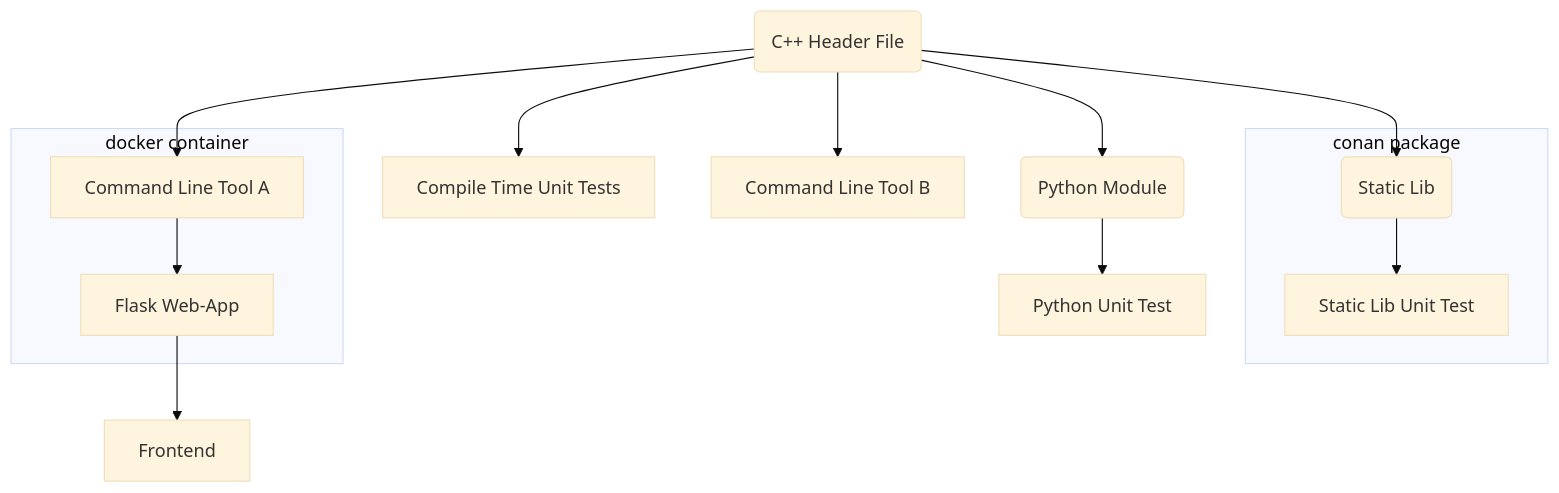
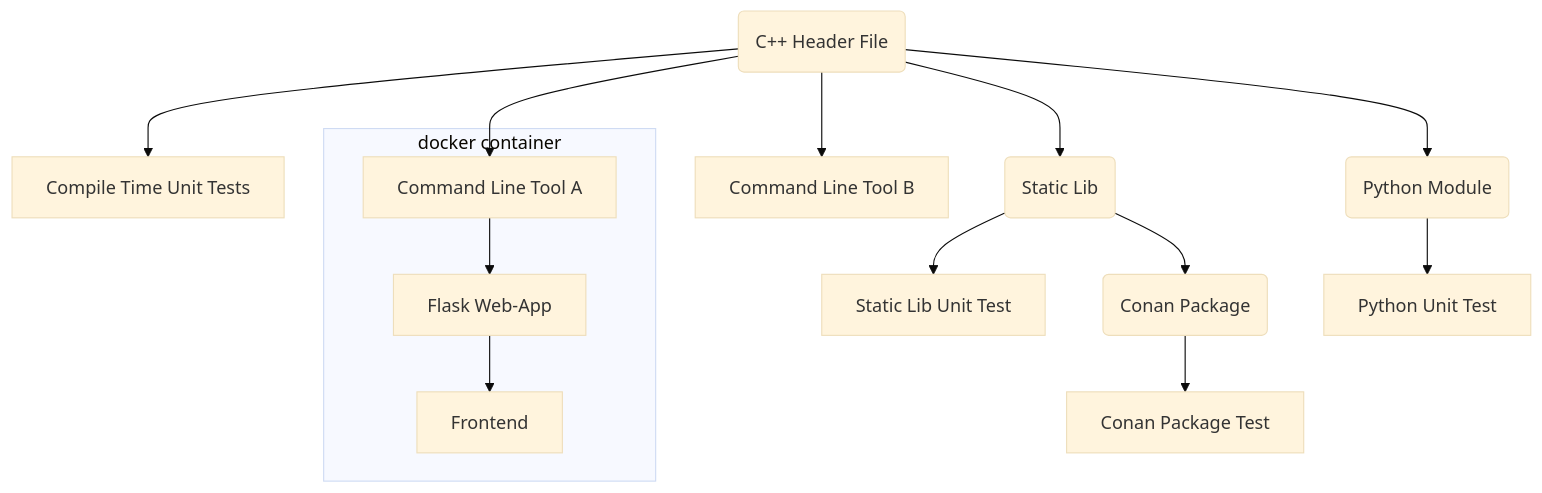
The diagram in README.md (SebastianBach/full-stack), drawn with Mermaid (base theme) before and after one commit. The commit also changed other lines of this file and 6 other files, not shown here.

Commit message:
added test for conan package

````diff
--- a/README.md
+++ b/README.md
@@ -22,24 +23,26 @@
 ```mermaid
   flowchart TD;
 
     F(C++ Header File) --> CUT[Compile Time Unit Tests];
 
     F --> CLI1[Command Line Tool A]
     F --> CLI2[Command Line Tool B]
 
     F --> LIB(Static Lib)
 
-    subgraph conan package
     LIB --> LIBTEST[Static Lib Unit Test]
-    end
+
+    LIB --> C(Conan Package)
+
+    C --> CT[Conan Package Test]
 
     F --> PY(Python Module)
 
     subgraph docker container
     CLI1 --> SERVER[Flask Web-App]
+    SERVER --> FRONT[Frontend]
     end
-
-    SERVER --> FRONT[Frontend]
+    
     PY --> PYTEST[Python Unit Test]
 
 ```
````
